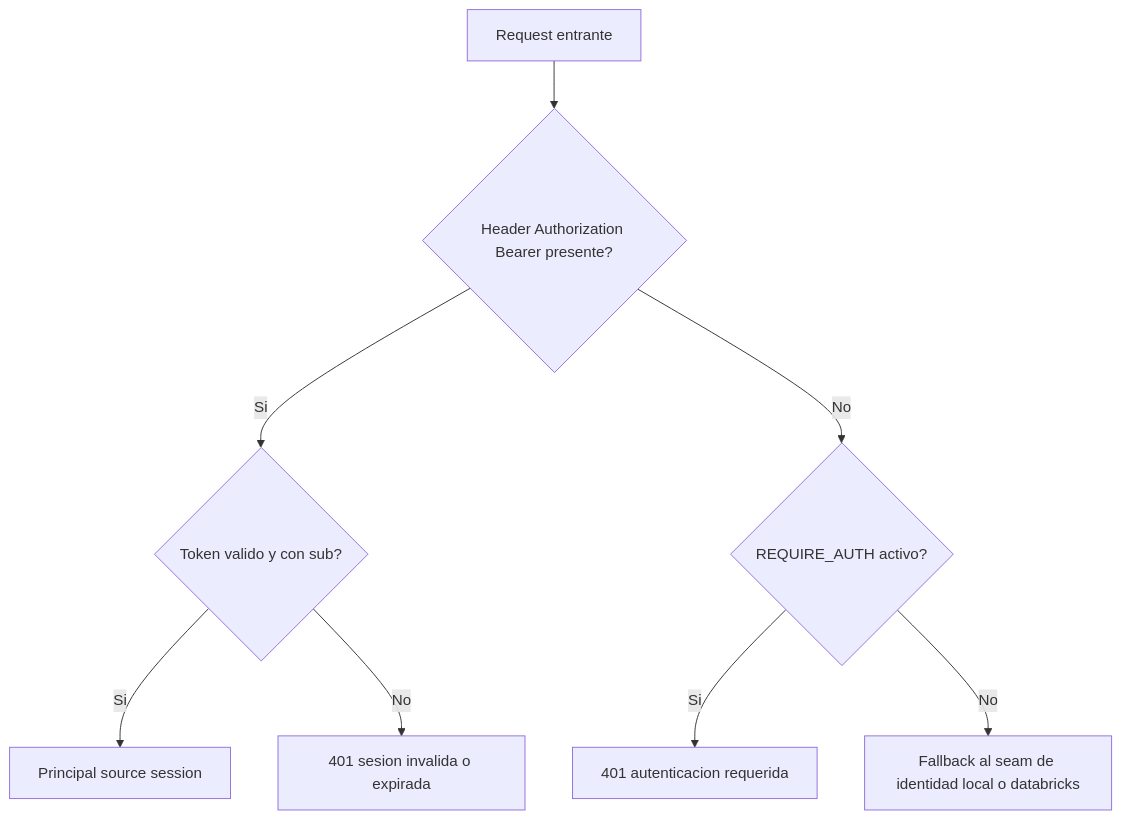
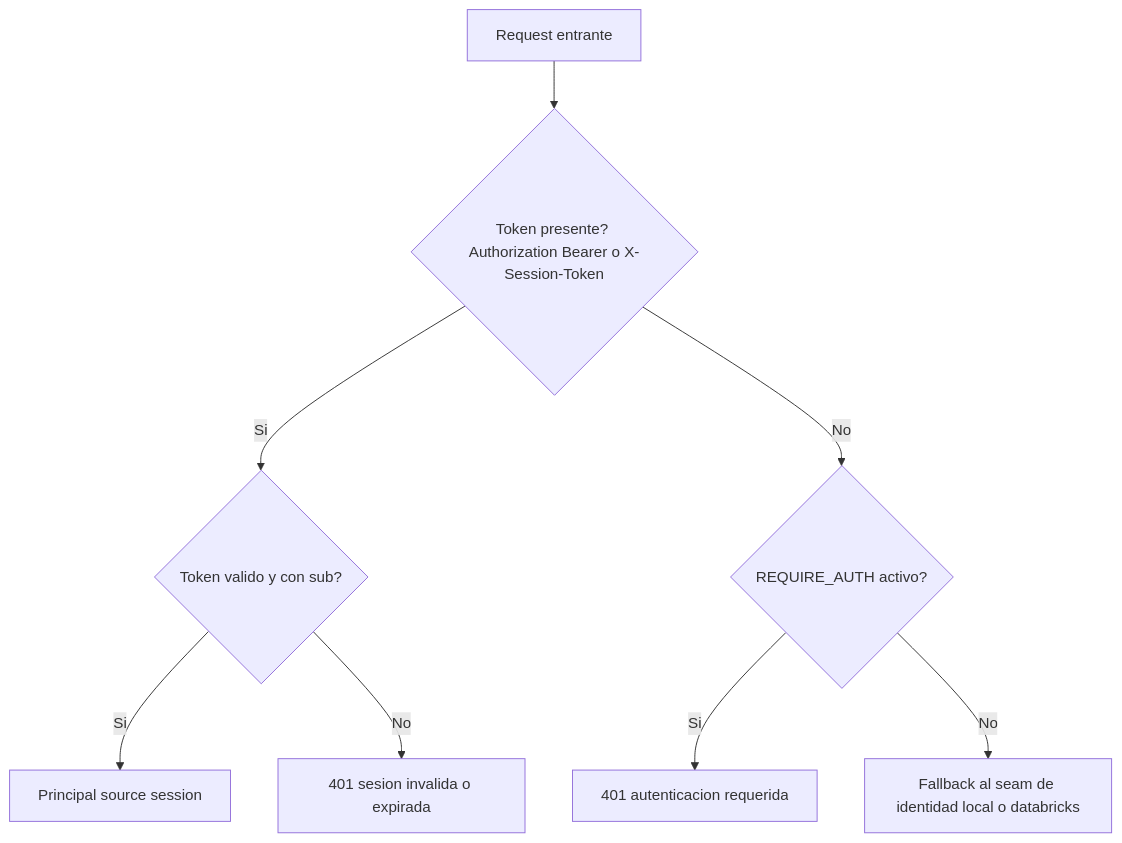
One commit to Carlosmps97/backend-data-model-hub changed the third of 5 diagrams in doc/seguridad.md. Above: the diagram before and after it, drawn with Mermaid. The commit also changed other lines of this file and 8 other files, not shown here.

````diff
--- a/doc/seguridad.md
+++ b/doc/seguridad.md
@@ -152,10 +173,10 @@
 ```mermaid
 flowchart TD
-    A[Request entrante] --> B{Header Authorization Bearer presente?}
+    A[Request entrante] --> B{Token presente? Authorization Bearer o X-Session-Token}
     B -->|Si| C{Token valido y con sub?}
     C -->|Si| D[Principal source session]
     C -->|No| E[401 sesion invalida o expirada]
     B -->|No| F{REQUIRE_AUTH activo?}
     F -->|Si| G[401 autenticacion requerida]
     F -->|No| H[Fallback al seam de identidad local o databricks]
 ```
````
